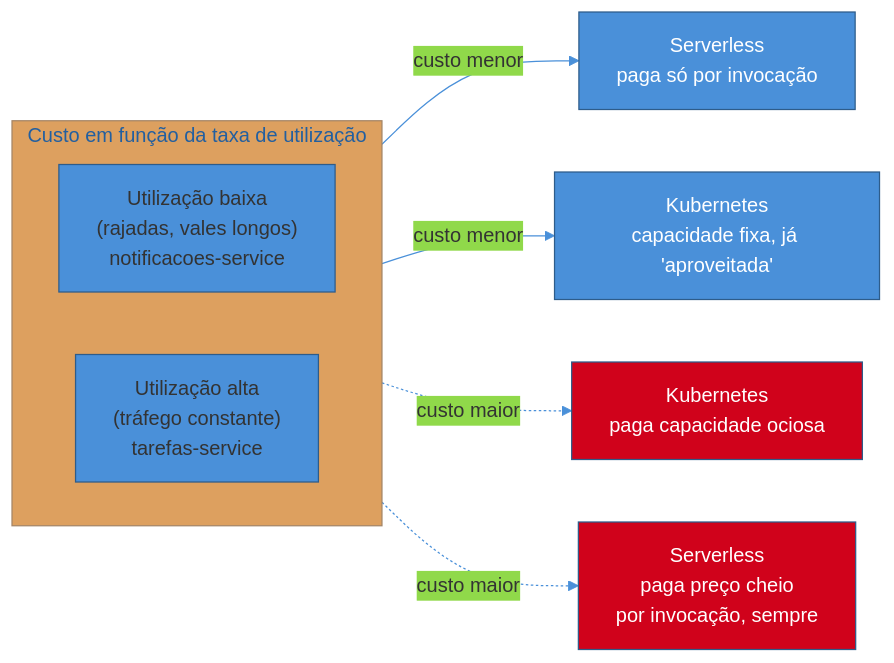
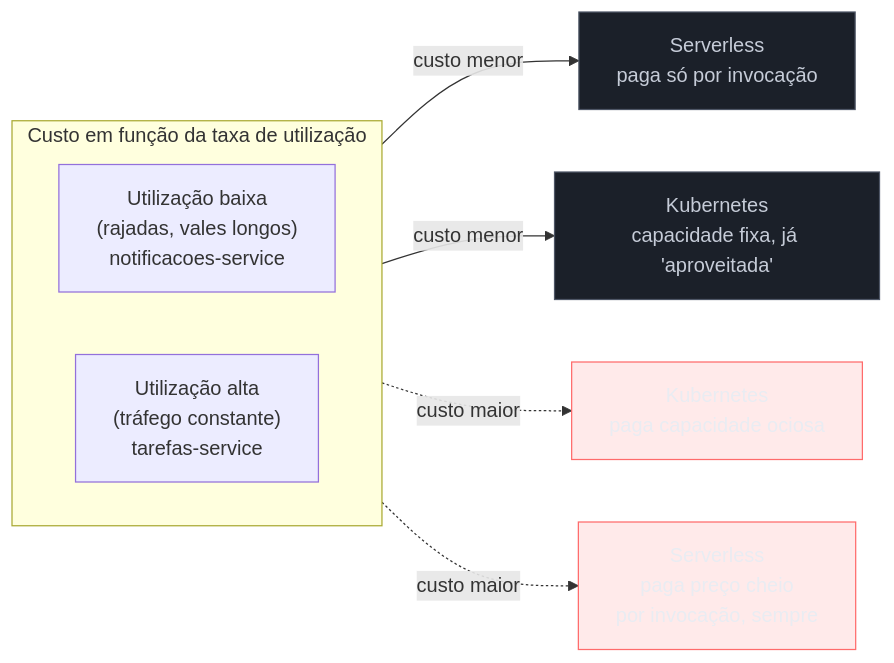
Before and after one commit to josenaldo/codex-technomanticus: the first of 3 diagrams in 03-Dominios/Tecnologia/Python/Cloud-native e produção/07 - Containers vs serverless — trade-offs honestos.md, drawn with Mermaid. The commit also changed other lines of this file and 1181 other files, not shown here.

First line of the commit message:
fix(diagramas): paleta do sistema no lugar de cor cravada no markdown

````diff
--- a/03-Dominios/Tecnologia/Python/Cloud-native e produção/07 - Containers vs serverless — trade-offs honestos.md
+++ b/03-Dominios/Tecnologia/Python/Cloud-native e produção/07 - Containers vs serverless — trade-offs honestos.md
@@ -51,20 +51,21 @@
 ```mermaid
-%%{init: {"theme": "base", "themeVariables": {"primaryColor": "#4A90D9", "primaryBorderColor": "#2E5C8A", "lineColor": "#4A90D9"}}}%%
 flowchart LR
+    classDef neutro fill:#1B2029,stroke:#4E5666,color:#C6CCD8
+    classDef falha fill:#FF6B6B24,stroke:#FF6B6B,color:#E9ECF2
     subgraph EIXO["Custo em função da taxa de utilização"]
         direction LR
         BAIXA["Utilização baixa<br/>(rajadas, vales longos)<br/>notificacoes-service"]
         ALTA["Utilização alta<br/>(tráfego constante)<br/>tarefas-service"]
     end
 
     BAIXA -->|"custo menor"| LAMBDA["Serverless<br/>paga só por invocação"]
     ALTA -->|"custo menor"| K8S["Kubernetes<br/>capacidade fixa, já 'aproveitada'"]
 
     BAIXA -.->|"custo maior"| K8S2["Kubernetes<br/>paga capacidade ociosa"]
     ALTA -.->|"custo maior"| LAMBDA2["Serverless<br/>paga preço cheio<br/>por invocação, sempre"]
 
-    style LAMBDA fill:#4A90D9,color:#fff
-    style K8S fill:#4A90D9,color:#fff
-    style K8S2 fill:#D0021B,color:#fff
-    style LAMBDA2 fill:#D0021B,color:#fff
+    class LAMBDA neutro
+    class K8S neutro
+    class K8S2 falha
+    class LAMBDA2 falha
 ```
````
